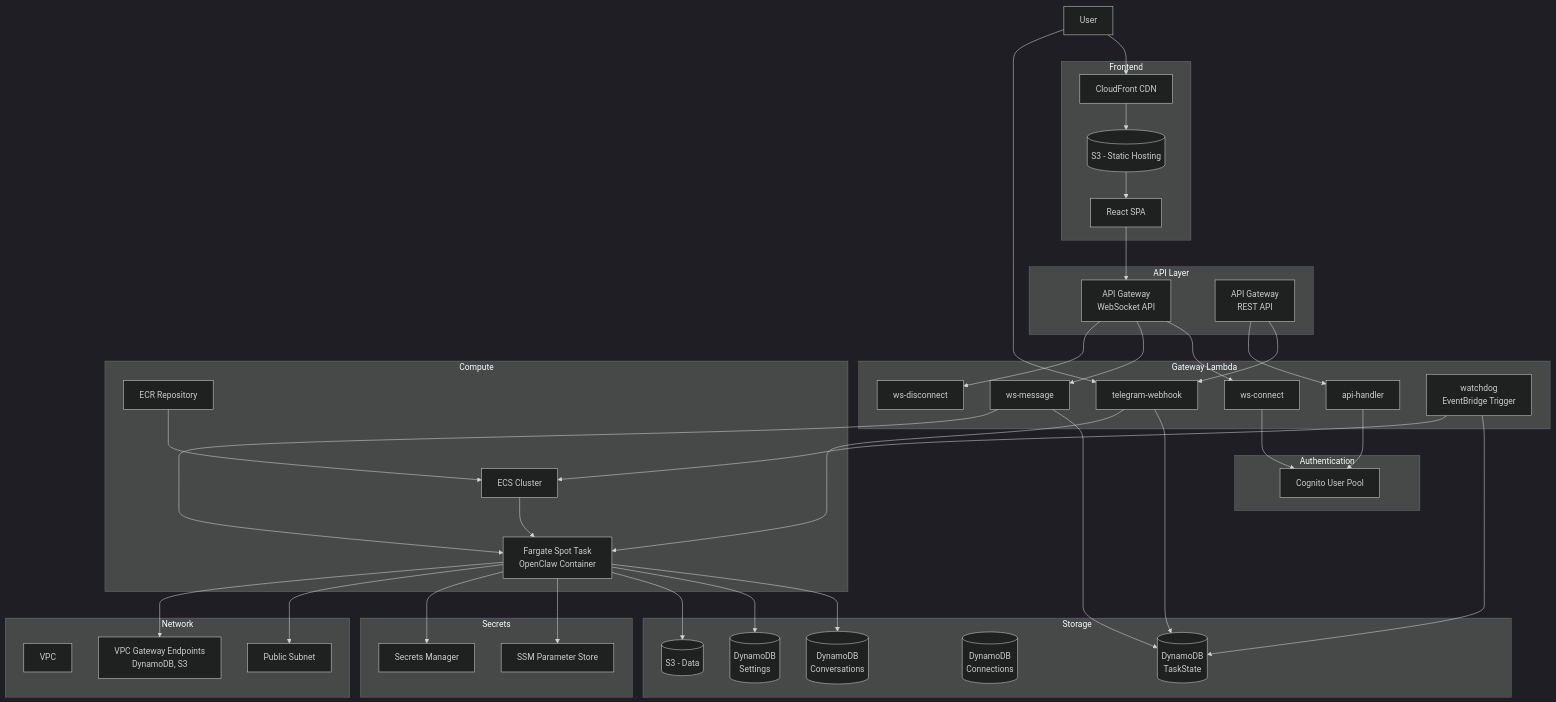
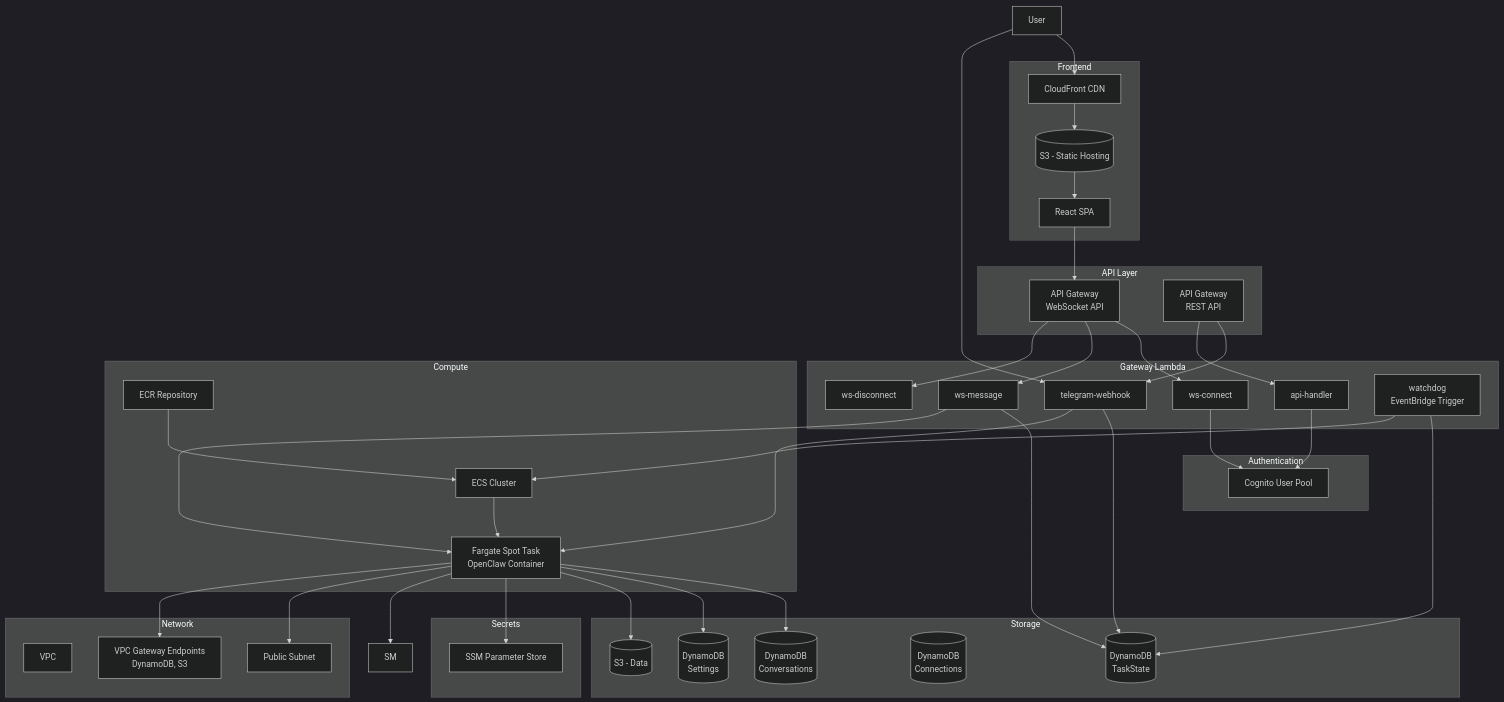
The first of 13 diagrams in docs/architecture.md (geoseong/serverless-openclaw), drawn with Mermaid (dark theme) before and after one commit. The commit also changed other lines of this file and 7 other files, not shown here.

First line of the commit message:
feat: migrate Secrets Manager to SSM Parameter Store SecureString

```diff
--- a/docs/architecture.md
+++ b/docs/architecture.md
@@ -56,7 +56,6 @@
 
     subgraph "Secrets"
         SSM[SSM Parameter Store]
-        SM[Secrets Manager]
     end
 
     User --> CF --> S3Web --> WebUI
```
